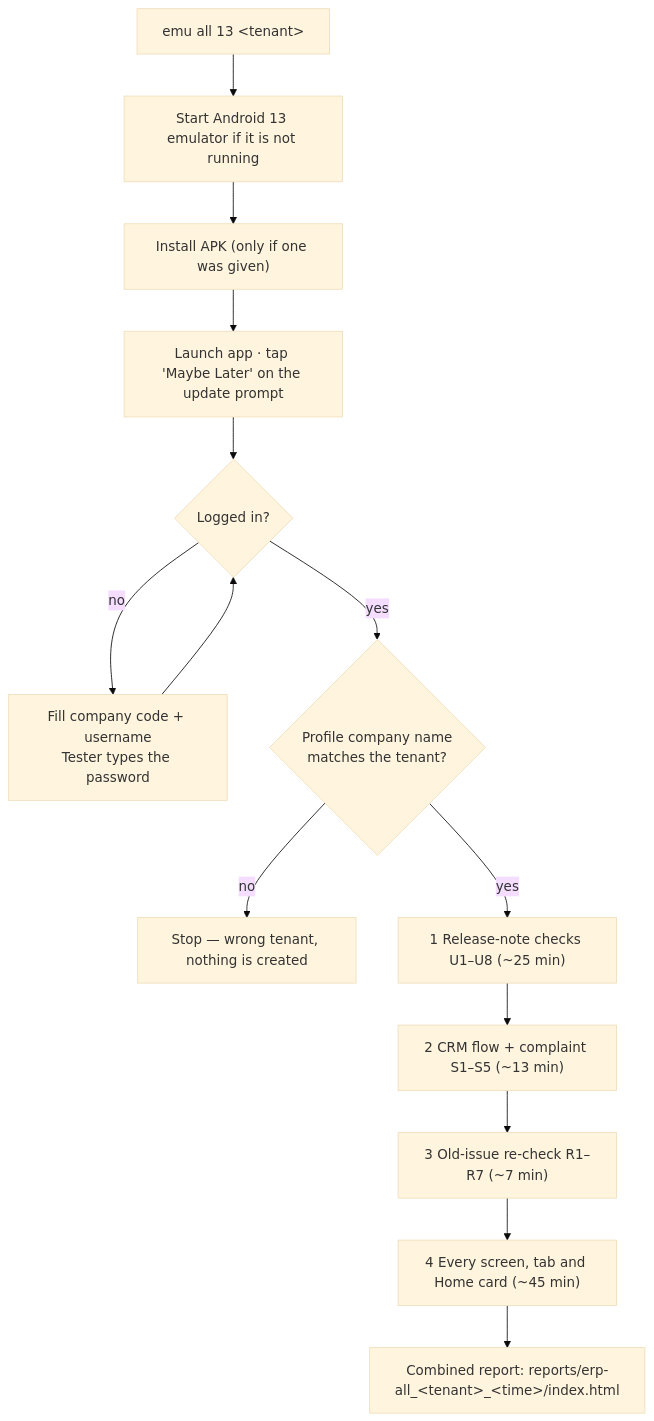
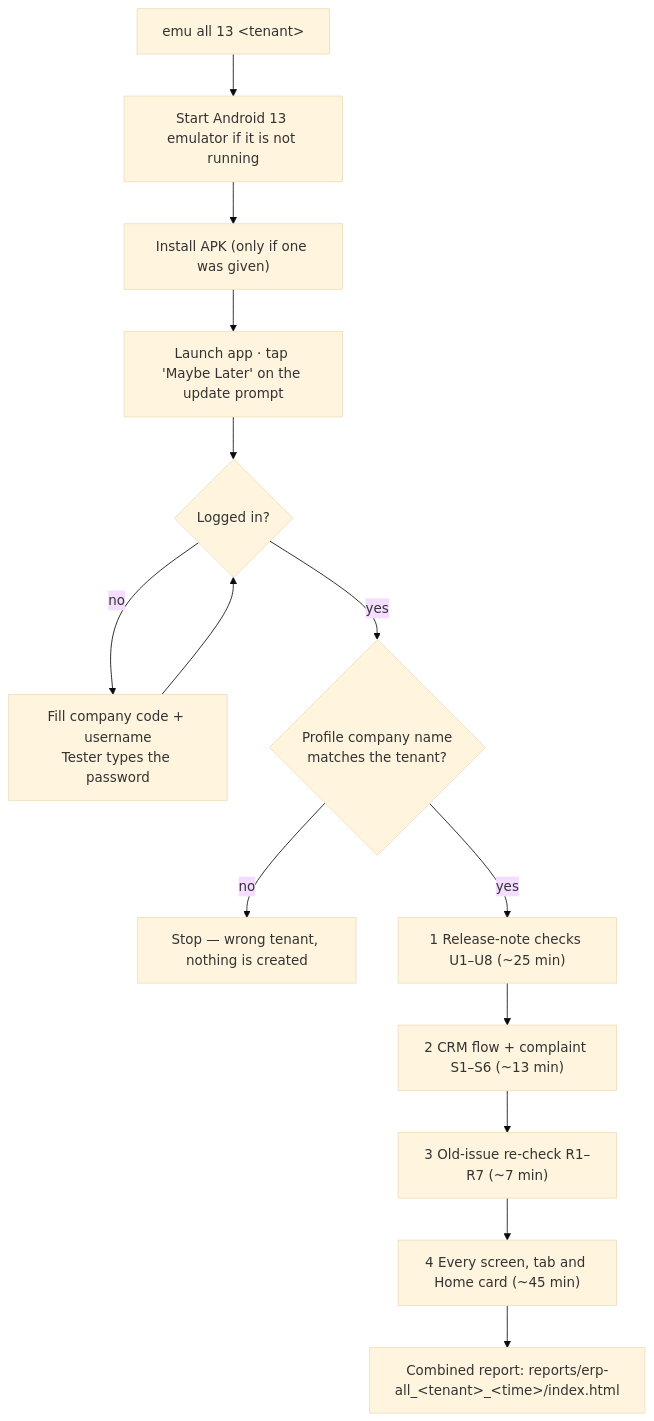
One commit to vismayatk/Progbiz-erp-testers changed the first of 2 diagrams in mobile/docs/TEST-FLOW.md. Above: the diagram before and after it, drawn with Mermaid (base theme). The commit also changed other lines of this file and 5 other files, not shown here.

````diff
--- a/mobile/docs/TEST-FLOW.md
+++ b/mobile/docs/TEST-FLOW.md
@@ -8,16 +8,16 @@
 ```mermaid
 flowchart TD
     A["emu all 13 &lt;tenant&gt;"] --> B["Start Android 13 emulator if it is not running"]
     B --> C["Install APK (only if one was given)"]
     C --> D["Launch app · tap 'Maybe Later' on the update prompt"]
     D --> E{"Logged in?"}
     E -- no --> F["Fill company code + username<br/>Tester types the password"]
     F --> E
     E -- yes --> G{"Profile company name<br/>matches the tenant?"}
     G -- no --> X["Stop — wrong tenant, nothing is created"]
     G -- yes --> H["1 Release-note checks U1–U8 (~25 min)"]
-    H --> I["2 CRM flow + complaint S1–S5 (~13 min)"]
+    H --> I["2 CRM flow + complaint S1–S6 (~13 min)"]
     I --> J["3 Old-issue re-check R1–R7 (~7 min)"]
     J --> K["4 Every screen, tab and Home card (~45 min)"]
     K --> L["Combined report: reports/erp-all_&lt;tenant&gt;_&lt;time&gt;/index.html"]
 ```
````
